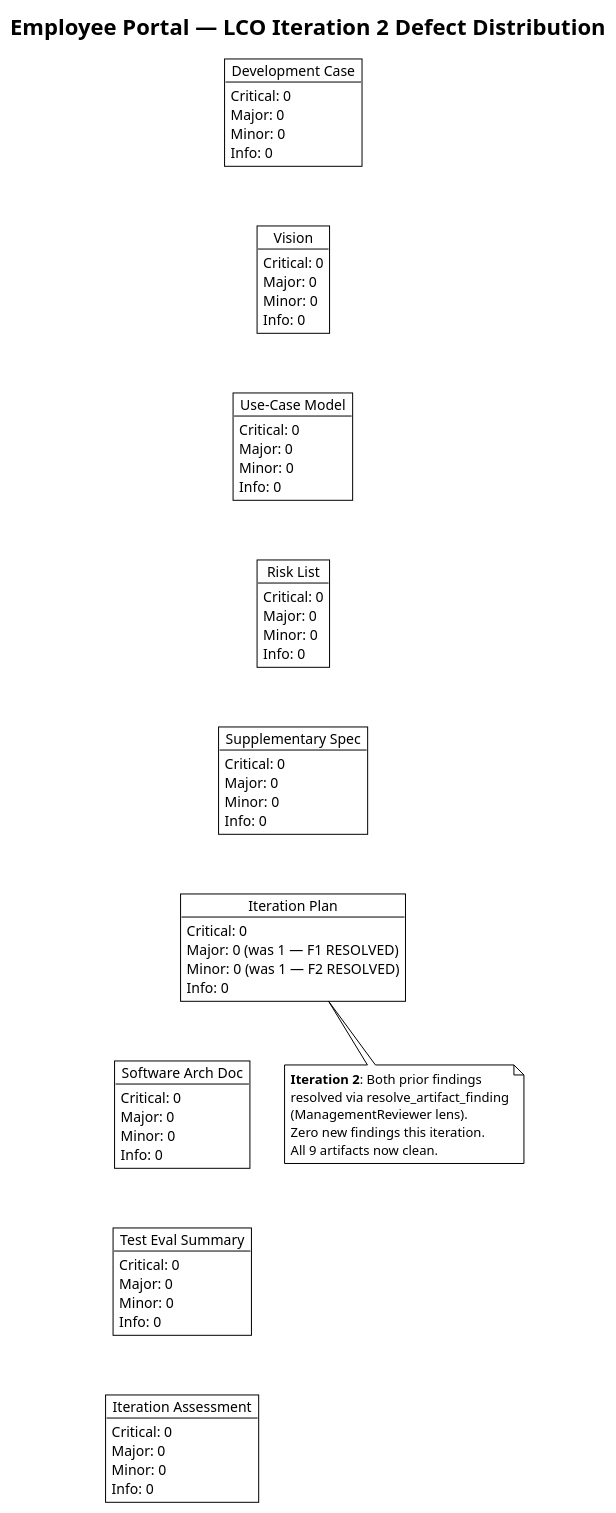
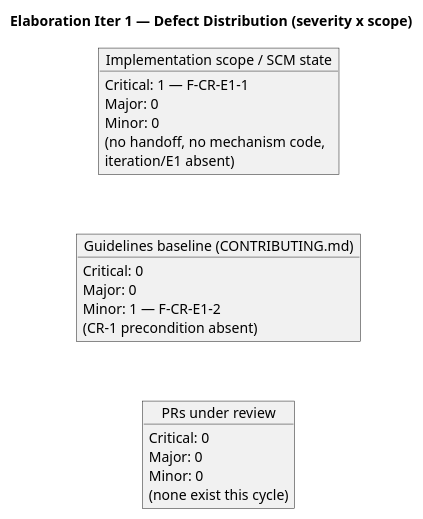
Before and after one commit to banense-test/employee-portal: the fourth of 5 diagrams in docs/artifacts/project-management/review-record.md, drawn with PlantUML. The commit also changed other lines of this file, not shown here.

First line of the commit message:
Code Reviewer [E1]: upsert Review Record

````diff
--- a/docs/artifacts/project-management/review-record.md
+++ b/docs/artifacts/project-management/review-record.md
@@ -379,87 +258,27 @@
 ```plantuml
 @startuml
-!theme plain
-title Employee Portal — LCO Iteration 2 Defect Distribution
+title Elaboration Iter 1 — Defect Distribution (severity x scope)
 
-object "Development Case" as DC {
+object "Implementation scope / SCM state" as D1 {
+  Critical: 1 — F-CR-E1-1
+  Major: 0
+  Minor: 0
+  (no handoff, no mechanism code,
+  iteration/E1 absent)
+}
+object "Guidelines baseline (CONTRIBUTING.md)" as D2 {
+  Critical: 0
+  Major: 0
+  Minor: 1 — F-CR-E1-2
+  (CR-1 precondition absent)
+}
+object "PRs under review" as D3 {
   Critical: 0
   Major: 0
   Minor: 0
-  Info: 0
+  (none exist this cycle)
 }
-
-object "Vision" as VIS {
-  Critical: 0
-  Major: 0
-  Minor: 0
-  Info: 0
-}
-
-object "Use-Case Model" as UCM {
-  Critical: 0
-  Major: 0
-  Minor: 0
-  Info: 0
-}
-
-object "Risk List" as RSK {
-  Critical: 0
-  Major: 0
-  Minor: 0
-  Info: 0
-}
-
-object "Supplementary Spec" as SUP {
-  Critical: 0
-  Major: 0
-  Minor: 0
-  Info: 0
-}
-
-object "Iteration Plan" as ITP {
-  Critical: 0
-  Major: 0 (was 1 — F1 RESOLVED)
-  Minor: 0 (was 1 — F2 RESOLVED)
-  Info: 0
-}
-
-object "Software Arch Doc" as SAD {
-  Critical: 0
-  Major: 0
-  Minor: 0
-  Info: 0
-}
-
-object "Test Eval Summary" as TES {
-  Critical: 0
-  Major: 0
-  Minor: 0
-  Info: 0
-}
-
-object "Iteration Assessment" as IA {
-  Critical: 0
-  Major: 0
-  Minor: 0
-  Info: 0
-}
-
-DC -[hidden]-> VIS
-VIS -[hidden]-> UCM
-UCM -[hidden]-> RSK
-RSK -[hidden]-> SUP
-SUP -[hidden]-> ITP
-ITP -[hidden]-> SAD
-SAD -[hidden]-> TES
-TES -[hidden]-> IA
-
-note bottom of ITP
-  **Iteration 2**: Both prior findings
-  resolved via resolve_artifact_finding
-  (ManagementReviewer lens).
-  Zero new findings this iteration.
-  All 9 artifacts now clean.
-end note
-
+D1 -[hidden]-> D2
+D2 -[hidden]-> D3
 @enduml
 ```
````
